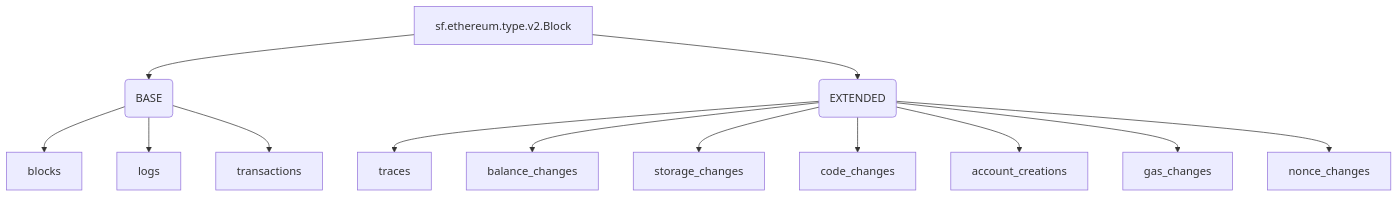
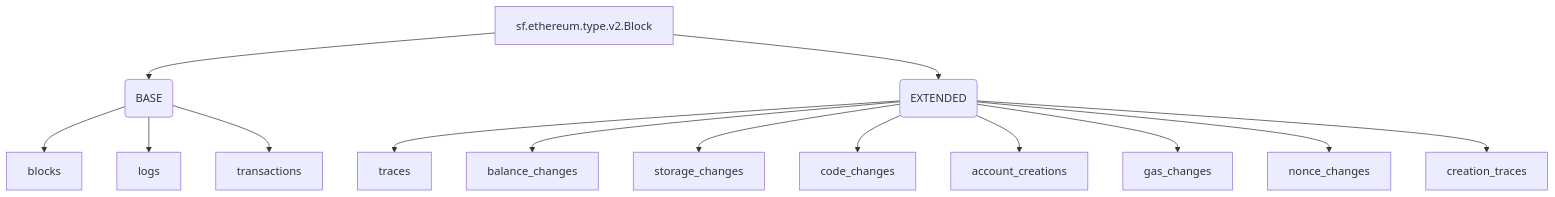
The diagram in blocks/evm/README.md (pinax-network/substreams-raw-blocks), drawn with Mermaid before and after one commit. The commit also changed other lines of this file and 12 other files, not shown here.

Commit message:
add creation traces

````diff
--- a/blocks/evm/README.md
+++ b/blocks/evm/README.md
@@ -22,16 +23,17 @@
 ```mermaid
 graph TD;
   raw[sf.ethereum.type.v2.Block];
   raw --> base(BASE)
   raw --> extended(EXTENDED);
   base --> blocks;
   base --> logs;
   base --> transactions;
   extended --> traces;
   extended --> balance_changes;
   extended --> storage_changes;
   extended --> code_changes;
   extended --> account_creations;
   extended --> gas_changes;
   extended --> nonce_changes;
+  extended --> creation_traces;
 ```
````
